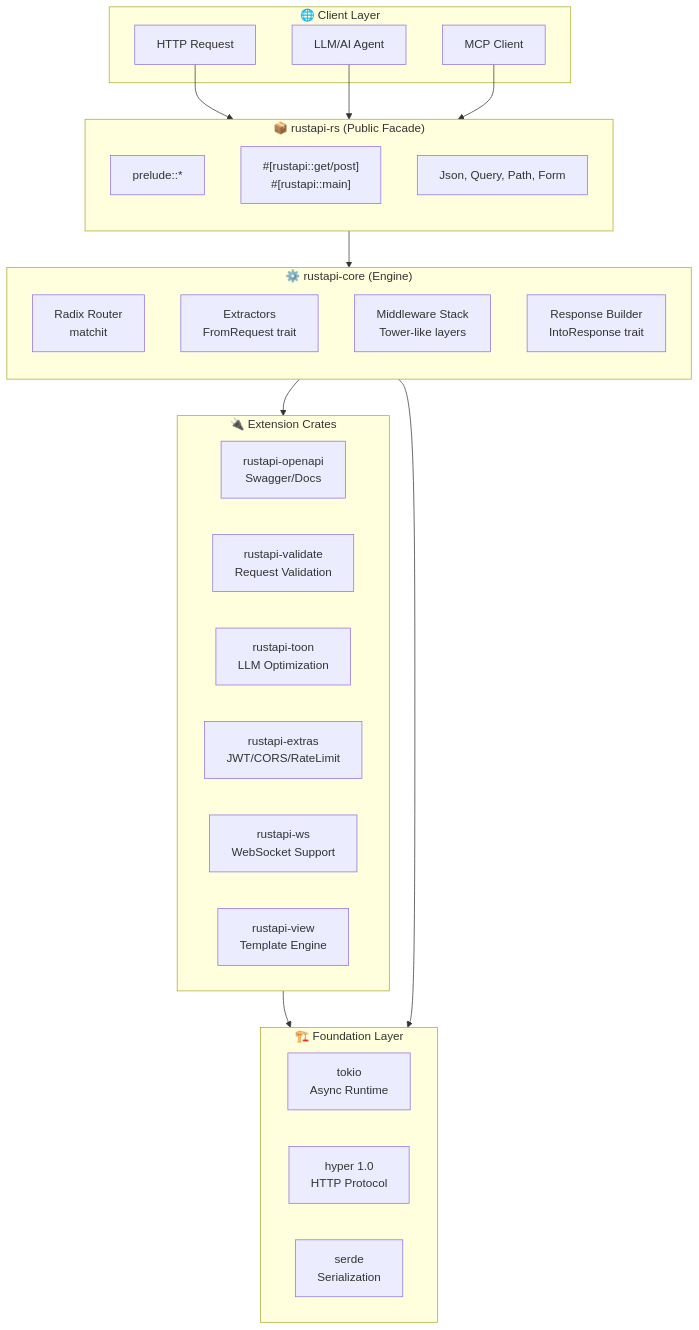
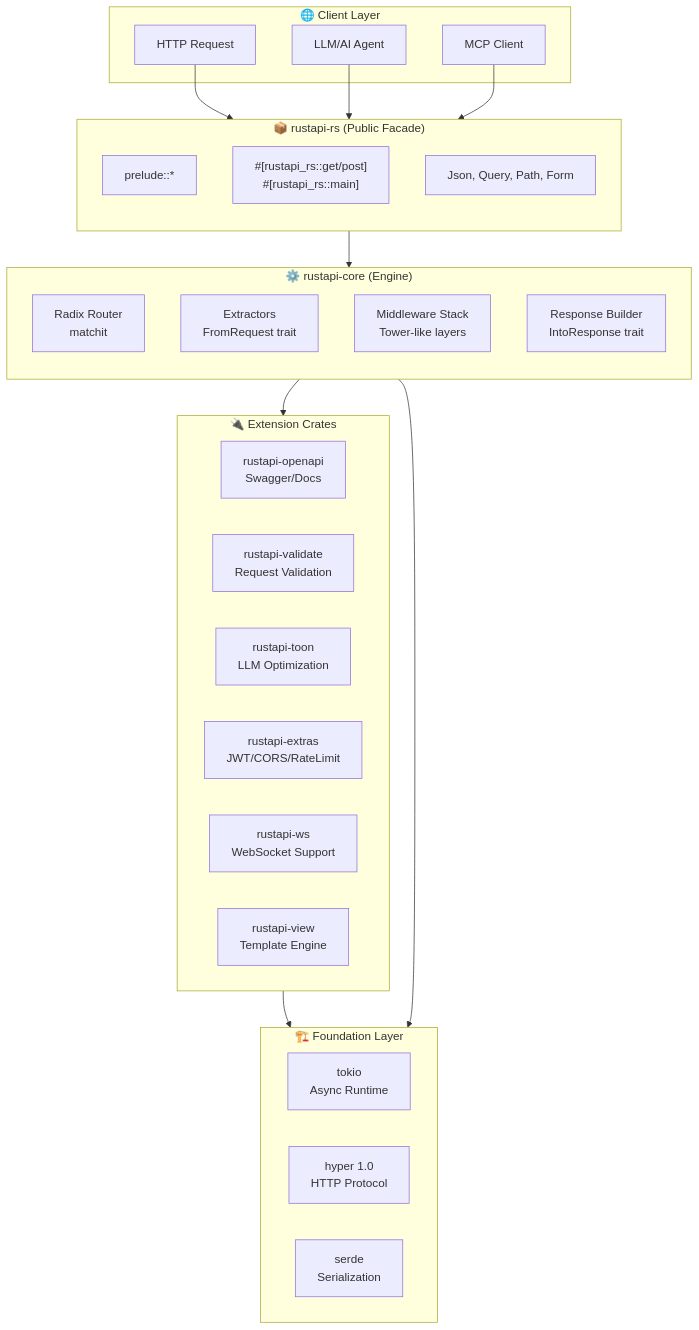
The first of 3 diagrams in docs/cookbook/src/architecture/system_overview.md (Tuntii/RustAPI), drawn with Mermaid before and after one commit. The commit also changed other lines of this file and 27 other files, not shown here.

First line of the commit message:
Bump to v0.1.265; switch macros to rustapi_rs

````diff
--- a/docs/cookbook/src/architecture/system_overview.md
+++ b/docs/cookbook/src/architecture/system_overview.md
@@ -7,48 +7,48 @@
 ```mermaid
 graph TB
     subgraph Client["🌐 Client Layer"]
         HTTP[HTTP Request]
         LLM[LLM/AI Agent]
         MCP[MCP Client]
     end
 
     subgraph Public["📦 rustapi-rs (Public Facade)"]
         direction TB
         Prelude[prelude::*]
-        Macros["#[rustapi::get/post]<br>#[rustapi::main]"]
+        Macros["#[rustapi_rs::get/post]<br>#[rustapi_rs::main]"]
         Types[Json, Query, Path, Form]
     end
 
     subgraph Core["⚙️ rustapi-core (Engine)"]
         direction TB
         Router[Radix Router<br>matchit]
         Extract[Extractors<br>FromRequest trait]
         MW[Middleware Stack<br>Tower-like layers]
         Resp[Response Builder<br>IntoResponse trait]
     end
 
     subgraph Extensions["🔌 Extension Crates"]
         direction LR
         OpenAPI["rustapi-openapi<br>Swagger/Docs"]
         Validate["rustapi-validate<br>Request Validation"]
         Toon["rustapi-toon<br>LLM Optimization"]
         Extras["rustapi-extras<br>JWT/CORS/RateLimit"]
         WsCrate["rustapi-ws<br>WebSocket Support"]
         ViewCrate["rustapi-view<br>Template Engine"]
     end
 
     subgraph Foundation["🏗️ Foundation Layer"]
         direction LR
         Tokio[tokio<br>Async Runtime]
         Hyper[hyper 1.0<br>HTTP Protocol]
         Serde[serde<br>Serialization]
     end
 
     HTTP --> Public
     LLM --> Public
     MCP --> Public
     Public --> Core
     Core --> Extensions
     Extensions --> Foundation
     Core --> Foundation
 ```
````
